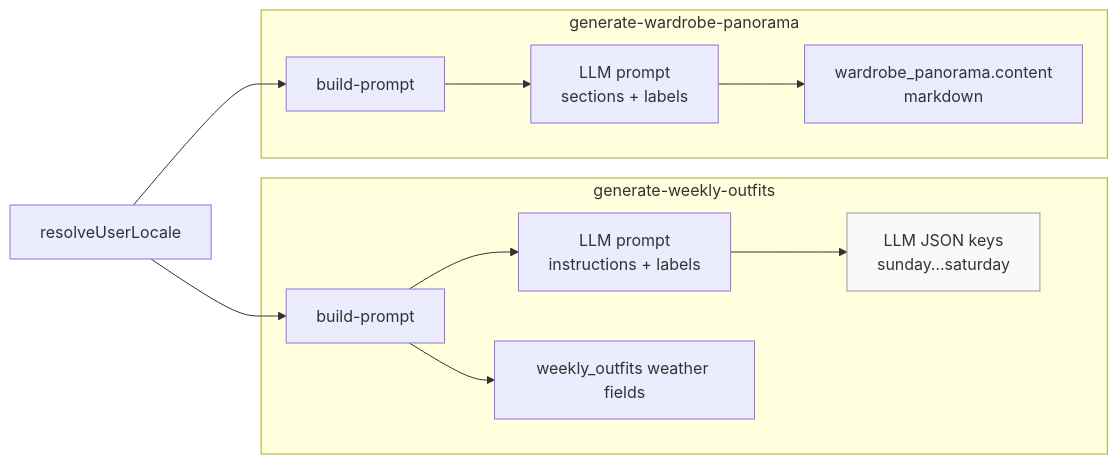
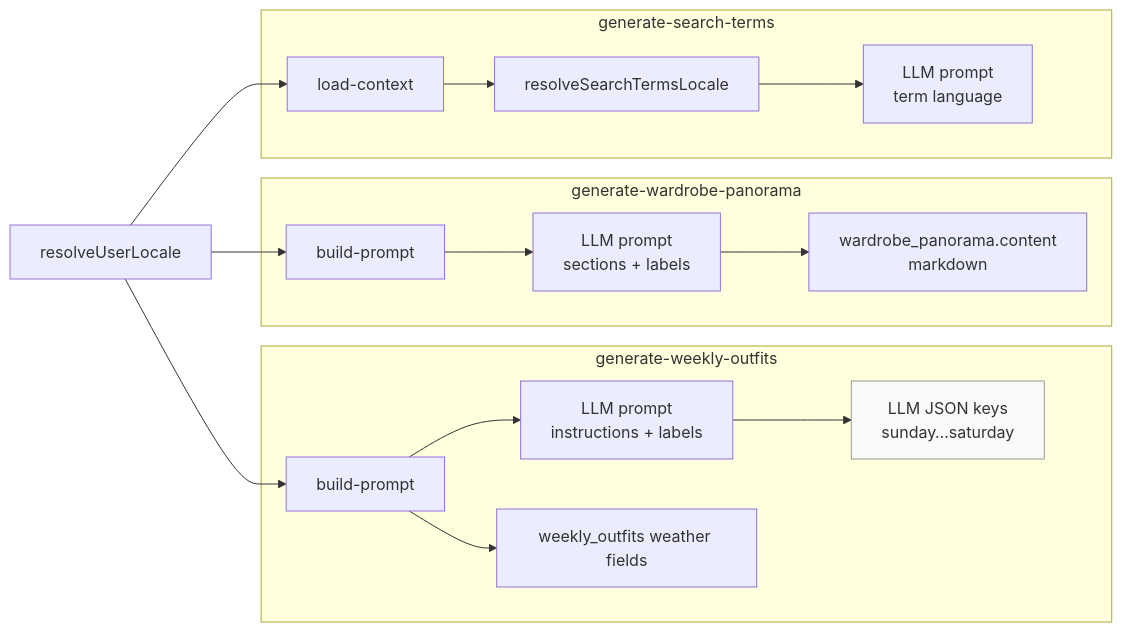
The fourth of 6 diagrams in apps/worker-ai-workflows/docs/I18N.md (emmanuelviniciusdev/SkyDIIV--backstage), drawn with Mermaid before and after one commit. The commit also changed other lines of this file and 7 other files, not shown here.

Commit message:
fix(worker-ai-workflows): generate search terms in a marketplace language when user locale is unsupported

````diff
--- a/apps/worker-ai-workflows/docs/I18N.md
+++ b/apps/worker-ai-workflows/docs/I18N.md
@@ -126,27 +131,36 @@
 ```mermaid
 flowchart LR
     LOCALE["resolveUserLocale"]
 
     subgraph weekly["generate-weekly-outfits"]
         W1["build-prompt"]
         W2["LLM prompt<br/>instructions + labels"]
         W3["weekly_outfits weather fields"]
         W4["LLM JSON keys<br/>sunday…saturday"]
         W1 --> W2
         W1 --> W3
         W2 --> W4
     end
 
     subgraph panorama["generate-wardrobe-panorama"]
         P1["build-prompt"]
         P2["LLM prompt<br/>sections + labels"]
         P3["wardrobe_panorama.content<br/>markdown"]
         P1 --> P2
         P2 --> P3
     end
 
+    subgraph search["generate-search-terms"]
+        S1["load-context"]
+        S2["resolveSearchTermsLocale"]
+        S3["LLM prompt<br/>term language"]
+        S1 --> S2
+        S2 --> S3
+    end
+
     LOCALE --> W1
     LOCALE --> P1
+    LOCALE --> S1
 
     style W4 fill:#f9f9f9,stroke:#999
 ```
````
